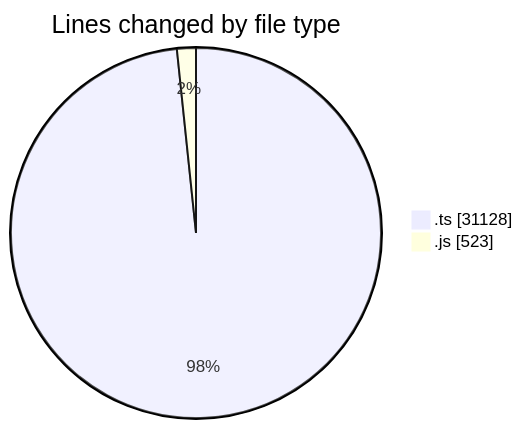
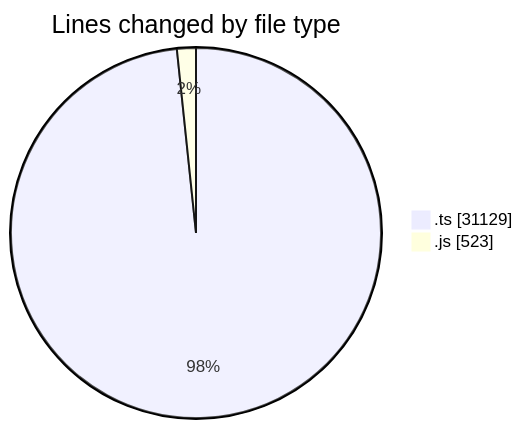
Before and after one commit to momahboobian/code-tracking: the first of 2 diagrams in 2025-07-31/cda/README.md, drawn with Mermaid. The commit also changed other lines of this file and 1 other file, not shown here.

````diff
--- a/2025-07-31/cda/README.md
+++ b/2025-07-31/cda/README.md
@@ -23,6 +23,6 @@
 ```mermaid
 pie showData
 title Lines changed by file type
-".ts" : 31128
+".ts" : 31129
 ".js" : 523
 ```
````
